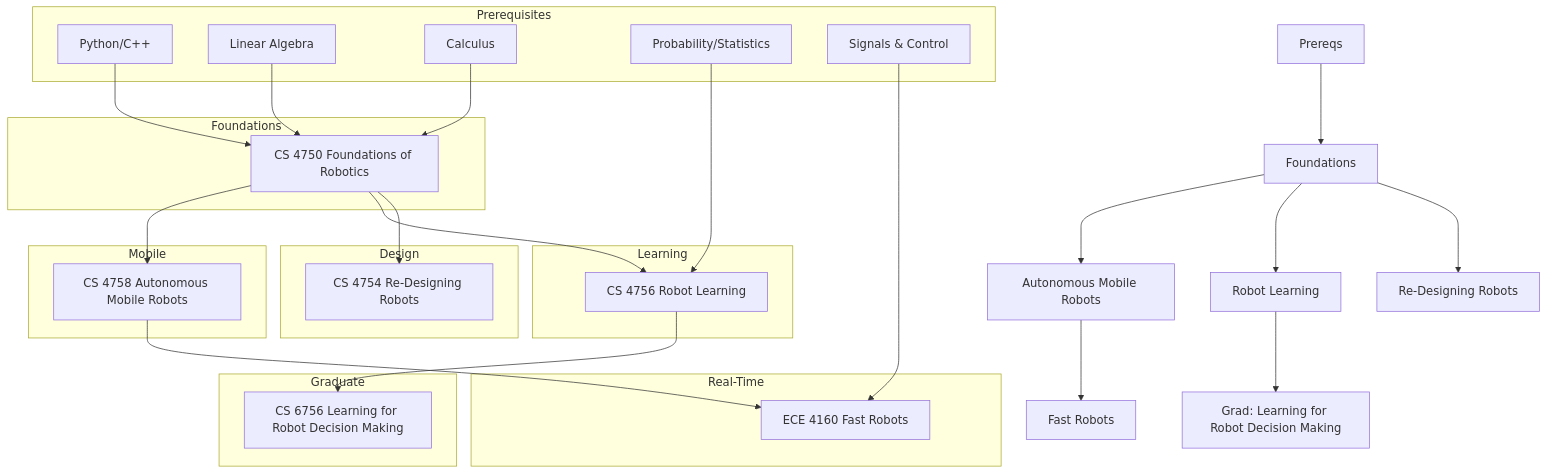
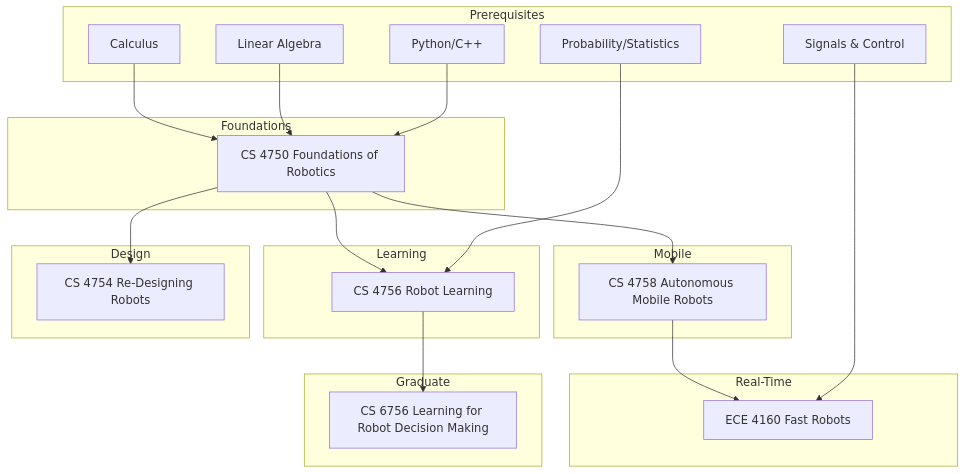
Before and after one commit to jmyphn/engineering-wiki: the diagram in csrobotics.md, drawn with Mermaid. The commit also changed 8 other files, not shown here.

````diff
--- a/csrobotics.md
+++ b/csrobotics.md
@@ -14,52 +14,45 @@
 ```mermaid
 flowchart TD
-  A[Prereqs] --> F[Foundations]
-  F --> M[Autonomous Mobile Robots]
-  F --> L[Robot Learning]
-  F --> D[Re-Designing Robots]
-  M --> R[Fast Robots]
-  L --> G[Grad: Learning for Robot Decision Making]
-
   subgraph A1[Prerequisites]
     A1a[Python/C++]
     A1b[Linear Algebra]
     A1c[Calculus]
     A1d[Probability/Statistics]
     A1e[Signals & Control]
   end
 
   subgraph F1[Foundations]
     F1a[CS 4750 Foundations of Robotics]
   end
 
   subgraph M1[Mobile]
     M1a[CS 4758 Autonomous Mobile Robots]
   end
 
   subgraph R1[Real-Time]
     R1a[ECE 4160 Fast Robots]
   end
 
   subgraph L1[Learning]
     L1a[CS 4756 Robot Learning]
   end
 
   subgraph D1[Design]
     D1a[CS 4754 Re-Designing Robots]
   end
 
   subgraph G1[Graduate]
     G1a[CS 6756 Learning for Robot Decision Making]
   end
 
   A1a --> F1a
   A1b --> F1a
   A1c --> F1a
   A1d --> L1a
   A1e --> R1a
   F1a --> M1a
   F1a --> L1a
   F1a --> D1a
   M1a --> R1a
   L1a --> G1a
 ```
````
